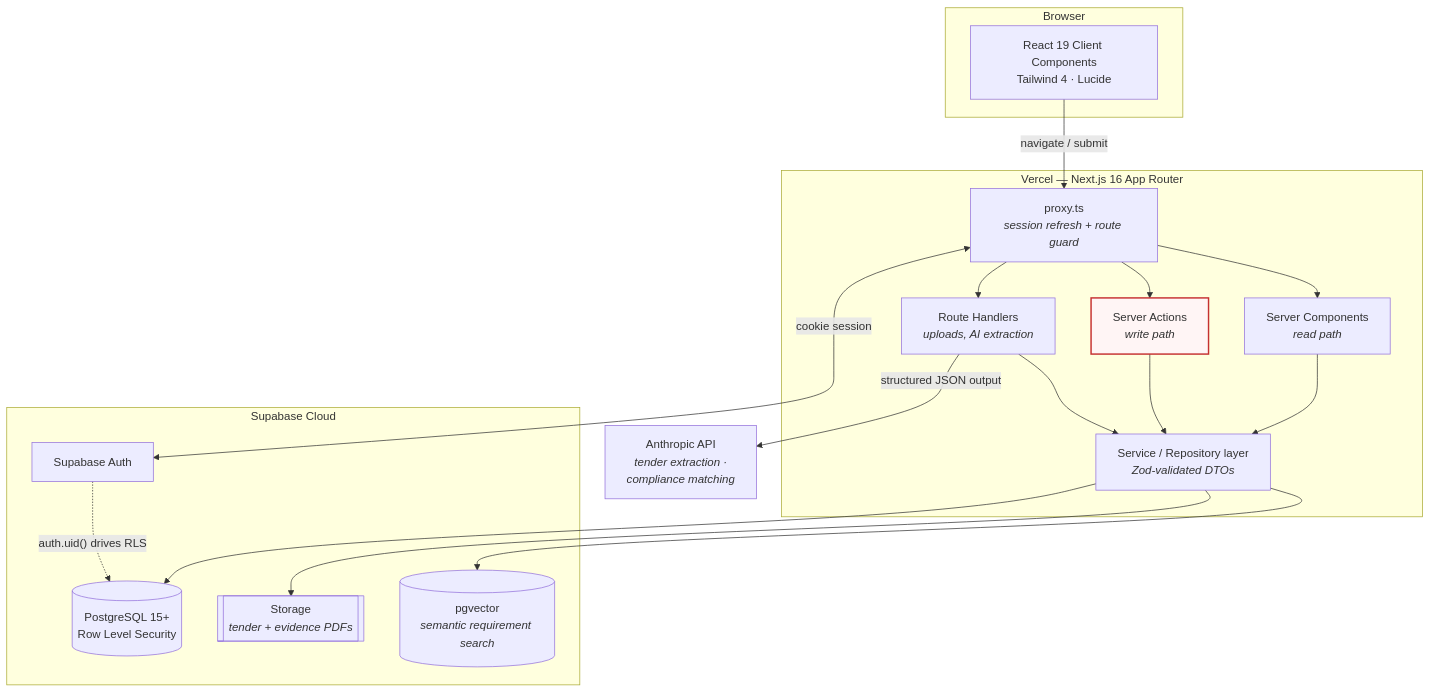
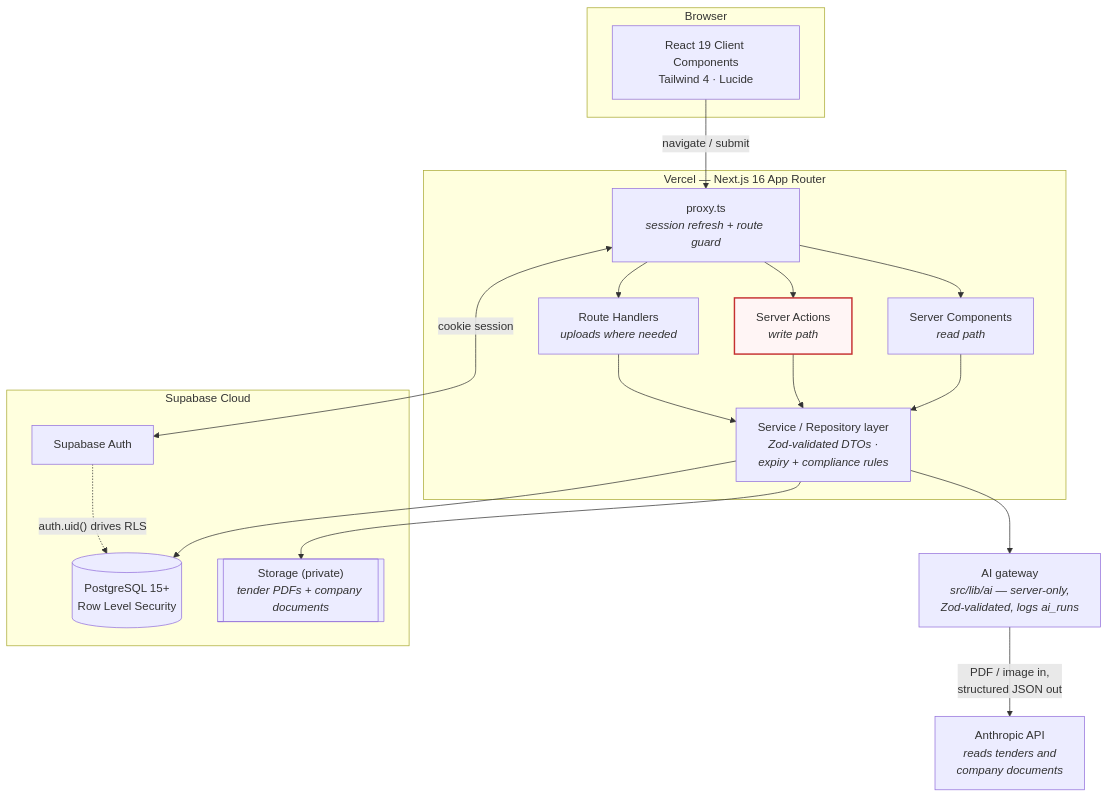
Before and after one commit to Sbongiseni88/AI_Procurement_OS: the first of 2 diagrams in docs/ARCHITECTURE.md, drawn with Mermaid. The commit also changed other lines of this file and 11 other files, not shown here.

````diff
--- a/docs/ARCHITECTURE.md
+++ b/docs/ARCHITECTURE.md
@@ -11,40 +11,40 @@
 ```mermaid
 graph TB
     subgraph client["Browser"]
         UI["React 19 Client Components<br/>Tailwind 4 · Lucide"]
     end
 
     subgraph vercel["Vercel — Next.js 16 App Router"]
         PROXY["proxy.ts<br/><i>session refresh + route guard</i>"]
         RSC["Server Components<br/><i>read path</i>"]
         SA["Server Actions<br/><i>write path</i>"]
-        RH["Route Handlers<br/><i>uploads, AI extraction</i>"]
-        SVC["Service / Repository layer<br/><i>Zod-validated DTOs</i>"]
+        RH["Route Handlers<br/><i>uploads where needed</i>"]
+        SVC["Service / Repository layer<br/><i>Zod-validated DTOs ·<br/>expiry + compliance rules</i>"]
     end
 
     subgraph supabase["Supabase Cloud"]
         PG[("PostgreSQL 15+<br/>Row Level Security")]
         AUTH["Supabase Auth"]
-        STORE[["Storage<br/><i>tender + evidence PDFs</i>"]]
-        VEC[("pgvector<br/><i>semantic requirement search</i>")]
+        STORE[["Storage (private)<br/><i>tender PDFs + company documents</i>"]]
     end
 
-    ANTHROPIC["Anthropic API<br/><i>tender extraction ·<br/>compliance matching</i>"]
+    AI["AI gateway<br/><i>src/lib/ai — server-only,<br/>Zod-validated, logs ai_runs</i>"]
+    ANTHROPIC["Anthropic API<br/><i>reads tenders and<br/>company documents</i>"]
 
     UI -->|"navigate / submit"| PROXY
     PROXY --> RSC
     PROXY --> SA
     PROXY --> RH
     RSC --> SVC
     SA --> SVC
     RH --> SVC
     SVC --> PG
     SVC --> STORE
-    SVC --> VEC
     PROXY <-->|"cookie session"| AUTH
     AUTH -.->|"auth.uid() drives RLS"| PG
-    RH -->|"structured JSON output"| ANTHROPIC
+    SVC --> AI
+    AI -->|"PDF / image in,<br/>structured JSON out"| ANTHROPIC
 
     classDef gate fill:#fff5f5,stroke:#c53030,stroke-width:2px
     class SA gate
 ```
````
